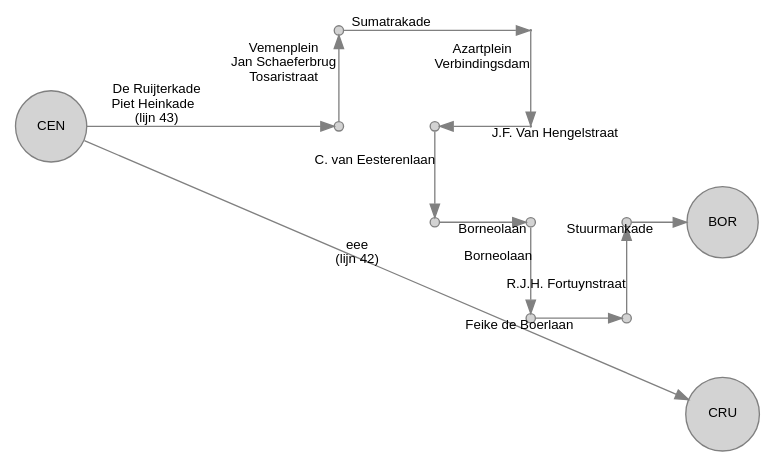
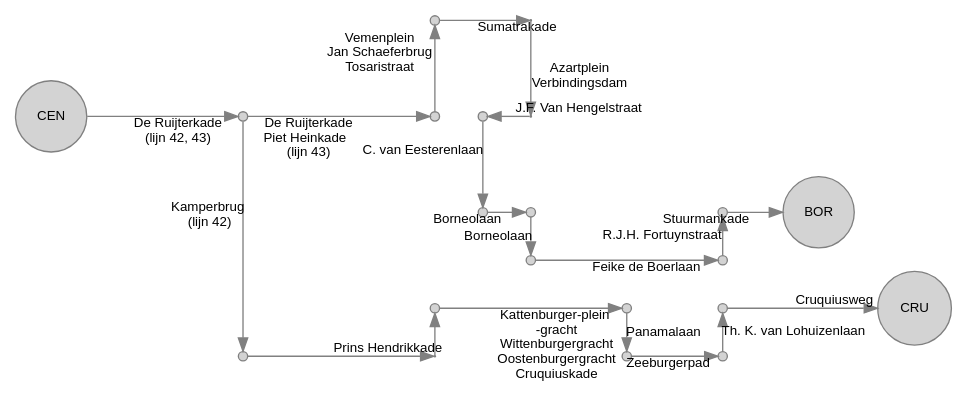
The diagram in gvb/CEN_O.gv (JacekPardyak/bus), drawn with Graphviz before and after one commit. The commit also changed other lines of this file and 32 other files, not shown here.

```diff
--- a/gvb/CEN_O.gv
+++ b/gvb/CEN_O.gv
@@ -1,41 +1,62 @@
 digraph G {
   layout = neato
   node [shape = circle, style = filled, fillcolor = lightgray, color=gray, height=0.1, label = "", fontsize = 10, fontname = "Arial"]
   edge [color=gray, fontsize = 10, fontname = "Arial"]
 
   4300 [pos = " 0, 0!", label = "CEN"]
-  4301 [pos = " 3, 0!"]
-  4302 [pos = " 3, 1!"]
+  4301 [pos = " 4, 0!"]
+  4302 [pos = " 4, 1!"]
   4303 [pos = " 5, 1!", height=0.01]
   4304 [pos = " 5, 0!", height=0.01]
-  4305 [pos = " 4, 0!"]
-  4306 [pos = " 4,-1!"]
+  4305 [pos = " 4.5, 0!"]
+  4306 [pos = " 4.5,-1!"]
   4307 [pos = " 5,-1!"]
-  4308 [pos = " 5,-2!"]
-  4309 [pos = " 6,-2!"]
-  4310 [pos = " 6,-1!"]
-  4311 [pos = " 7,-1!", label = "BOR"]
+  4308 [pos = " 5,-1.5!"]
+  4309 [pos = " 7,-1.5!"]
+  4310 [pos = " 7,-1!"]
+  4311 [pos = " 8,-1!", label = "BOR"]
 
-  4201 [pos = " 7,-3!", label = "CRU"]
-
-  4300 -> 4301 [label = "De Ruijterkade 
+  4201 [pos = " 2, 0!"]
+  4202 [pos = " 2,-2.5!"]
+  4203 [pos = " 4,-2.5!", height=0.01]
+  4204 [pos = " 4,-2!"]
+  4205 [pos = " 6,-2!"]
+  4206 [pos = " 6,-2.5!"]
+  4207 [pos = " 7,-2.5!"]
+  4208 [pos = " 7,-2!"]
+  
+  4209 [pos = " 9,-2!", label = "CRU"]
+  
+  4201 -> 4301 [label = "De Ruijterkade 
  Piet Heinkade  
  (lijn 43)"]
   4301 -> 4302 [label = "Vemenplein 
  Jan Schaeferbrug 
  Tosaristraat"]
   4302 -> 4303 [label = "Sumatrakade"]
   4303 -> 4304 [label = "Azartplein 
  Verbindingsdam"]
   4304 -> 4305 [label = "J.F. Van Hengelstraat"]
   4305 -> 4306 [label = "C. van Eesterenlaan"]
   4306 -> 4307 [label = "Borneolaan"]
   4307 -> 4308 [label = "Borneolaan"]
   4308 -> 4309 [label = "Feike de Boerlaan"]
   4309 -> 4310 [label = "R.J.H. Fortuynstraat"]
   4310 -> 4311 [label = "Stuurmankade"]
   
-  4300 -> 4201 [label = "eee
- (lijn 42)"]
-
+  4300 -> 4201 [label = "De Ruijterkade
+ (lijn 42, 43)"]
+  4201 -> 4202 [label = "Kamperbrug
+  (lijn 42)"]
+  4202 -> 4203 [label = "Prins Hendrikkade"]
+  4203 -> 4204 [label = ""]
+  4204 -> 4205 [label = "Kattenburger-plein
+  -gracht
+  Wittenburgergracht
+  Oostenburgergracht
+  Cruquiuskade"]
+  4205 -> 4206 [label = "Panamalaan"]
+  4206 -> 4207 [label = "Zeeburgerpad"]
+  4207 -> 4208 [label = "Th. K. van Lohuizenlaan"]
+  4208 -> 4209 [label = "Cruquiusweg"]
 }
```
